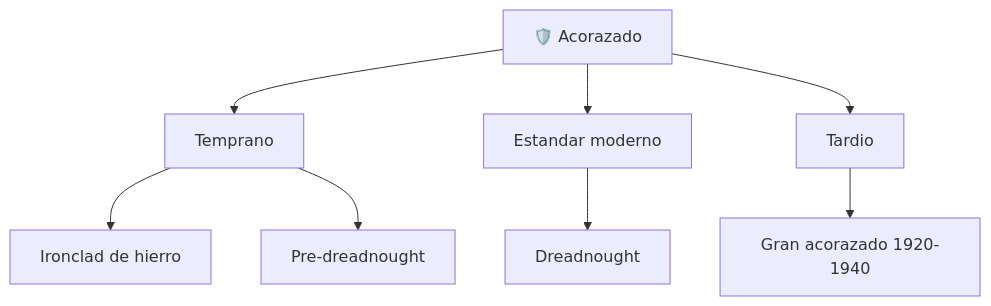
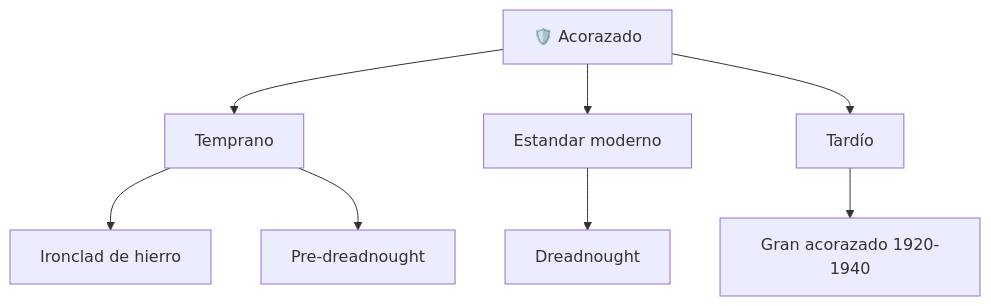
The diagram in vehiculos/acorazados/operacion/caracteristicas-acorazado.md (vladimiracunadev-create/machine-operator-program), drawn with Mermaid before and after one commit. The commit also changed other lines of this file and 442 other files, not shown here.

````diff
--- a/vehiculos/acorazados/operacion/caracteristicas-acorazado.md
+++ b/vehiculos/acorazados/operacion/caracteristicas-acorazado.md
@@ -35,10 +35,10 @@
 ```mermaid
 flowchart TD
     Acorazado[🛡️ Acorazado] --> Temprano[Temprano]
     Acorazado --> Estandar[Estandar moderno]
-    Acorazado --> Tardio[Tardio]
+    Acorazado --> Tardio[Tardío]
     Temprano --> Ironclad[Ironclad de hierro]
     Temprano --> Pre[Pre-dreadnought]
     Estandar --> Dread[Dreadnought]
     Tardio --> Grande[Gran acorazado 1920-1940]
 ```
````
